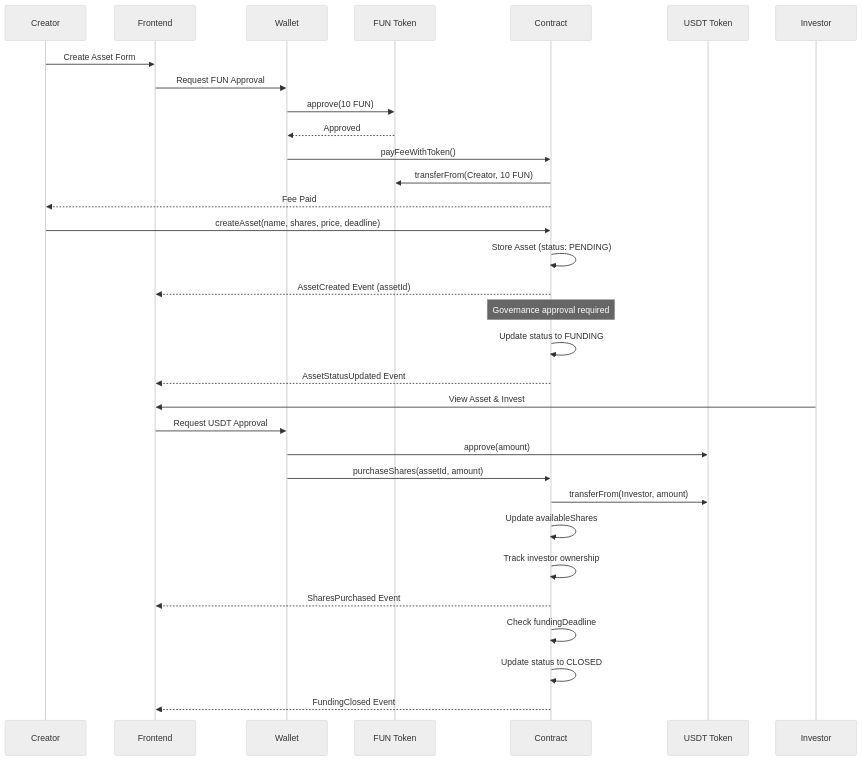
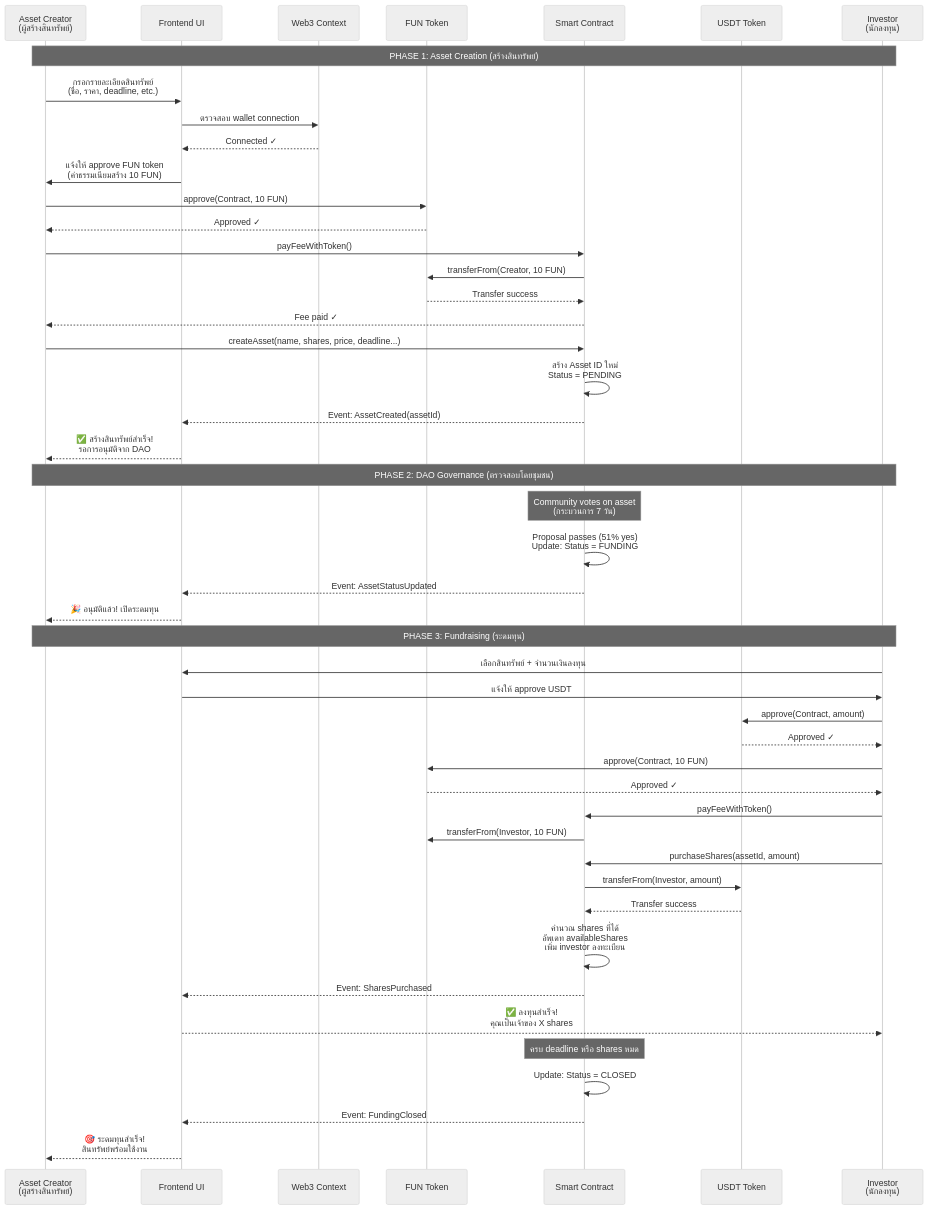
One commit to Phattarapong26/FinalDAOApp changed the second of 5 diagrams in README.md. Above: the diagram before and after it, drawn with Mermaid (neutral theme). The commit also changed other lines of this file, not shown here.

````diff
--- a/README.md
+++ b/README.md
@@ -180,40 +763,64 @@
 ```mermaid
 sequenceDiagram
-    participant Creator
-    participant Frontend
-    participant Wallet
-    participant FUN Token
-    participant Contract
-    participant USDT Token
-    participant Investor
-
-    Creator->>Frontend: Create Asset Form
-    Frontend->>Wallet: Request FUN Approval
-    Wallet->>FUN Token: approve(10 FUN)
-    FUN Token-->>Wallet: Approved
-    Wallet->>Contract: payFeeWithToken()
-    Contract->>FUN Token: transferFrom(Creator, 10 FUN)
-    Contract-->>Creator: Fee Paid
+    participant AC as Asset Creator<br/>(ผู้สร้างสินทรัพย์)
+    participant UI as Frontend UI
+    participant WC as Web3 Context
+    participant FUN as FUN Token
+    participant SC as Smart Contract
+    participant USDT as USDT Token
+    participant Inv as Investor<br/>(นักลงทุน)
     
-    Creator->>Contract: createAsset(name, shares, price, deadline)
-    Contract->>Contract: Store Asset (status: PENDING)
-    Contract-->>Frontend: AssetCreated Event (assetId)
+    Note over AC,Inv: PHASE 1: Asset Creation (สร้างสินทรัพย์)
     
-    Note over Contract: Governance approval required
+    AC->>UI: กรอกรายละเอียดสินทรัพย์<br/>(ชื่อ, ราคา, deadline, etc.)
+    UI->>WC: ตรวจสอบ wallet connection
+    WC-->>UI: Connected ✓
     
-    Contract->>Contract: Update status to FUNDING
-    Contract-->>Frontend: AssetStatusUpdated Event
+    UI->>AC: แจ้งให้ approve FUN token<br/>(ค่าธรรมเนียมสร้าง 10 FUN)
+    AC->>FUN: approve(Contract, 10 FUN)
+    FUN-->>AC: Approved ✓
     
-    Investor->>Frontend: View Asset & Invest
-    Frontend->>Wallet: Request USDT Approval
-    Wallet->>USDT Token: approve(amount)
-    Wallet->>Contract: purchaseShares(assetId, amount)
-    Contract->>USDT Token: transferFrom(Investor, amount)
-    Contract->>Contract: Update availableShares
-    Contract->>Contract: Track investor ownership
-    Contract-->>Frontend: SharesPurchased Event
+    AC->>SC: payFeeWithToken()
+    SC->>FUN: transferFrom(Creator, 10 FUN)
+    FUN-->>SC: Transfer success
+    SC-->>AC: Fee paid ✓
     
-    Contract->>Contract: Check fundingDeadline
-    Contract->>Contract: Update status to CLOSED
-    Contract-->>Frontend: FundingClosed Event
+    AC->>SC: createAsset(name, shares, price, deadline...)
+    SC->>SC: สร้าง Asset ID ใหม่<br/>Status = PENDING
+    SC-->>UI: Event: AssetCreated(assetId)
+    UI-->>AC: ✅ สร้างสินทรัพย์สำเร็จ!<br/>รอการอนุมัติจาก DAO
+    
+    Note over AC,Inv: PHASE 2: DAO Governance (ตรวจสอบโดยชุมชน)
+    
+    Note over SC: Community votes on asset<br/>(กระบวนการ 7 วัน)
+    
+    SC->>SC: Proposal passes (51% yes)<br/>Update: Status = FUNDING
+    SC-->>UI: Event: AssetStatusUpdated
+    UI-->>AC: 🎉 อนุมัติแล้ว! เปิดระดมทุน
+    
+    Note over AC,Inv: PHASE 3: Fundraising (ระดมทุน)
+    
+    Inv->>UI: เลือกสินทรัพย์ + จำนวนเงินลงทุน
+    UI->>Inv: แจ้งให้ approve USDT
+    Inv->>USDT: approve(Contract, amount)
+    USDT-->>Inv: Approved ✓
+    
+    Inv->>FUN: approve(Contract, 10 FUN)
+    FUN-->>Inv: Approved ✓
+    Inv->>SC: payFeeWithToken()
+    SC->>FUN: transferFrom(Investor, 10 FUN)
+    
+    Inv->>SC: purchaseShares(assetId, amount)
+    SC->>USDT: transferFrom(Investor, amount)
+    USDT-->>SC: Transfer success
+    
+    SC->>SC: คำนวณ shares ที่ได้<br/>อัพเดท availableShares<br/>เพิ่ม investor ลงทะเบียน
+    SC-->>UI: Event: SharesPurchased
+    UI-->>Inv: ✅ ลงทุนสำเร็จ!<br/>คุณเป็นเจ้าของ X shares
+    
+    Note over SC: ครบ deadline หรือ shares หมด
+    
+    SC->>SC: Update: Status = CLOSED
+    SC-->>UI: Event: FundingClosed
+    UI-->>AC: 🎯 ระดมทุนสำเร็จ!<br/>สินทรัพย์พร้อมใช้งาน
 ```
````
